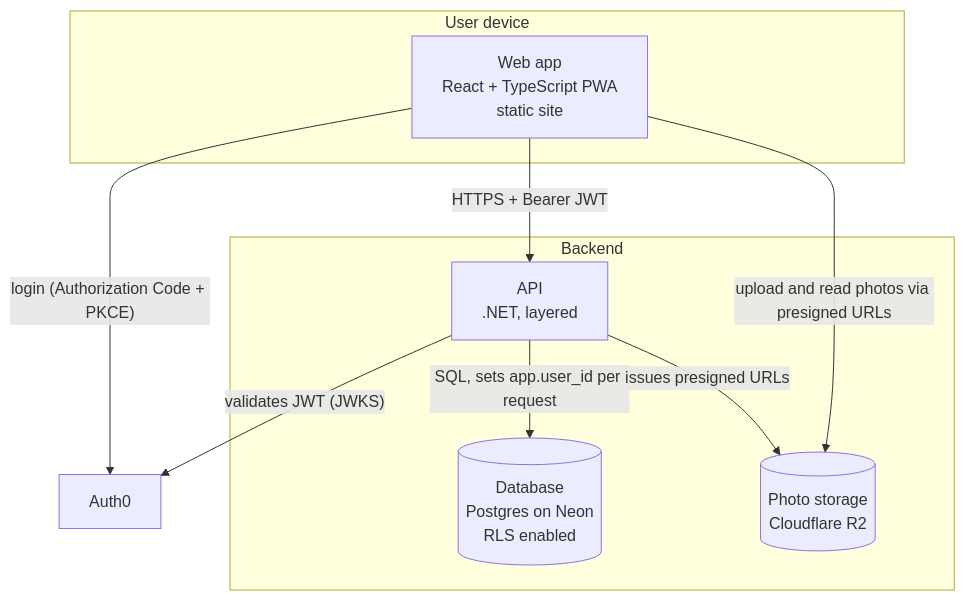
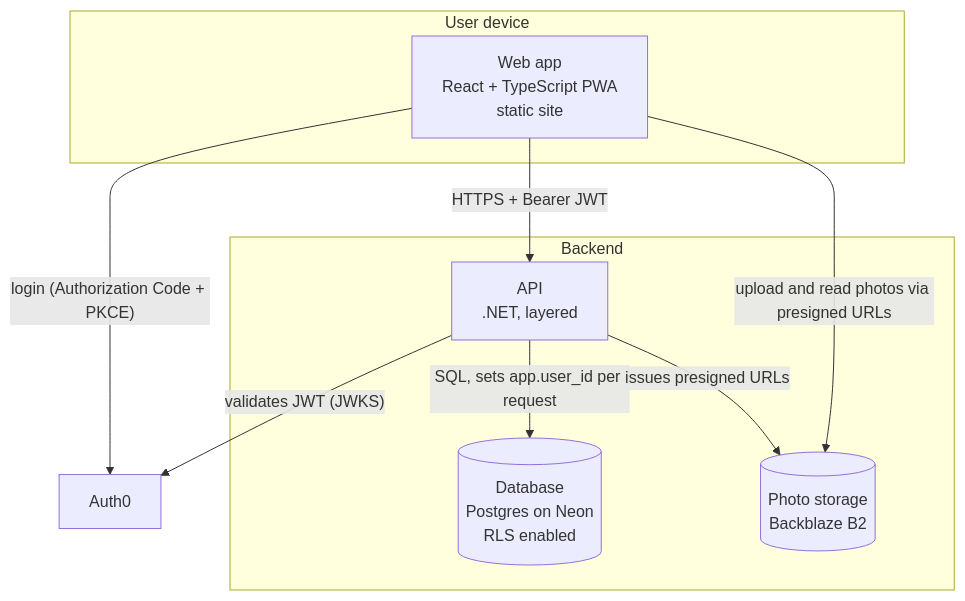
The second of 3 diagrams in docs/architecture/overview.md (NahuelFernandezGalli/Buckl), drawn with Mermaid before and after one commit. The commit also changed other lines of this file and 13 other files, not shown here.

First line of the commit message:
docs: store photos in Backblaze B2 and record how they reach it (#115)

````diff
--- a/docs/architecture/overview.md
+++ b/docs/architecture/overview.md
@@ -38,19 +38,19 @@
 ```mermaid
 flowchart TB
     subgraph client["User device"]
         web["Web app<br/>React + TypeScript PWA<br/>static site"]
     end
     subgraph backend["Backend"]
         api["API<br/>.NET, layered"]
         db[("Database<br/>Postgres on Neon<br/>RLS enabled")]
-        r2[("Photo storage<br/>Cloudflare R2")]
+        b2[("Photo storage<br/>Backblaze B2")]
     end
     auth0["Auth0"]
 
     web -->|"login (Authorization Code + PKCE)"| auth0
     web -->|"HTTPS + Bearer JWT"| api
-    web -->|"upload and read photos via presigned URLs"| r2
+    web -->|"upload and read photos via presigned URLs"| b2
     api -->|"validates JWT (JWKS)"| auth0
     api -->|"SQL, sets app.user_id per request"| db
-    api -->|"issues presigned URLs"| r2
+    api -->|"issues presigned URLs"| b2
 ```
````
